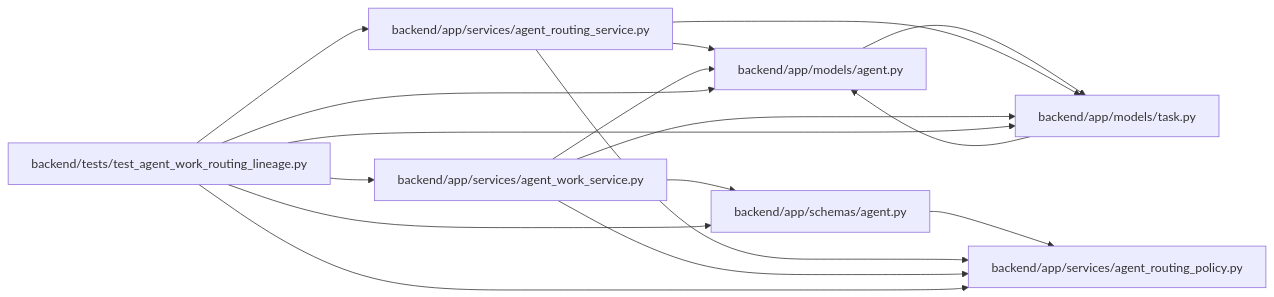
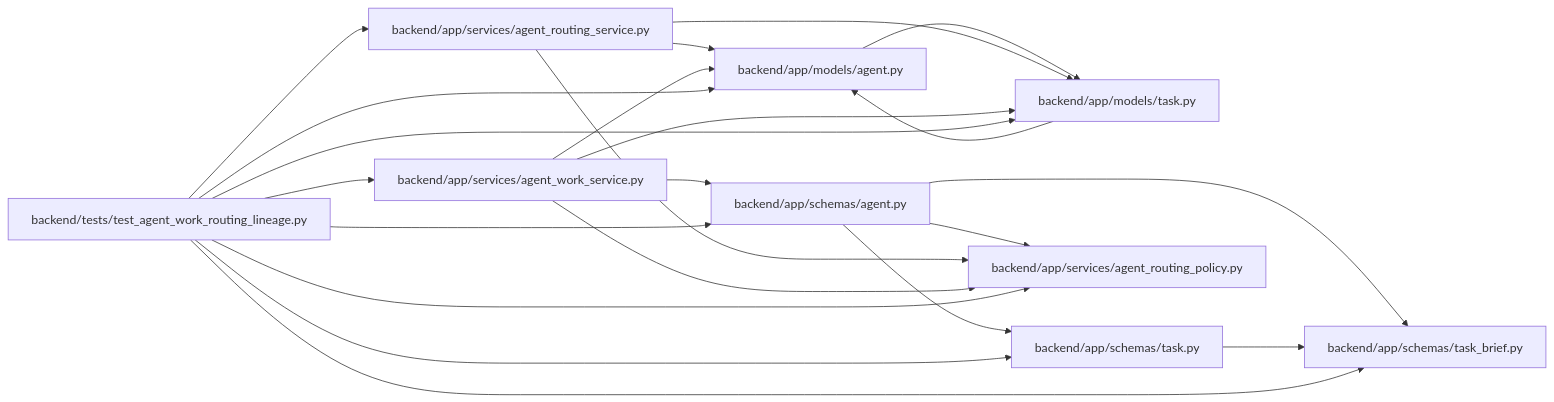
Before and after one commit to Denissvgn/WorkChord: the diagram in docs/llm_wiki/modules/test_agent_work_routing_lineage.md, drawn with Mermaid. The commit also changed other lines of this file and 6624 other files, not shown here.

````diff
--- a/docs/llm_wiki/modules/test_agent_work_routing_lineage.md
+++ b/docs/llm_wiki/modules/test_agent_work_routing_lineage.md
@@ -28,33 +30,42 @@
 ```mermaid
 flowchart LR
     n0["backend/app/models/agent.py"]
     n1["backend/app/models/task.py"]
     n2["backend/app/schemas/agent.py"]
-    n3["backend/app/services/agent_routing_policy.py"]
-    n4["backend/app/services/agent_routing_service.py"]
-    n5["backend/app/services/agent_work_service.py"]
-    n6["backend/tests/test_agent_work_routing_lineage.py"]
+    n3["backend/app/schemas/task.py"]
+    n4["backend/app/schemas/task_brief.py"]
+    n5["backend/app/services/agent_routing_policy.py"]
+    n6["backend/app/services/agent_routing_service.py"]
+    n7["backend/app/services/agent_work_service.py"]
+    n8["backend/tests/test_agent_work_routing_lineage.py"]
     n0 --> n1
     n1 --> n0
     n2 --> n3
-    n4 --> n0
-    n4 --> n1
-    n4 --> n3
-    n5 --> n0
-    n5 --> n1
-    n5 --> n2
-    n5 --> n3
+    n2 --> n4
+    n2 --> n5
+    n3 --> n4
     n6 --> n0
     n6 --> n1
-    n6 --> n2
-    n6 --> n3
-    n6 --> n4
     n6 --> n5
+    n7 --> n0
+    n7 --> n1
+    n7 --> n2
+    n7 --> n5
+    n8 --> n0
+    n8 --> n1
+    n8 --> n2
+    n8 --> n3
+    n8 --> n4
+    n8 --> n5
+    n8 --> n6
+    n8 --> n7
     click n0 "../modules/models_agent.md"
     click n1 "../modules/models_task.md"
     click n2 "../modules/schemas_agent.md"
-    click n3 "../modules/agent_routing_policy.md"
-    click n4 "../modules/agent_routing_service.md"
-    click n5 "../modules/agent_work_service.md"
-    click n6 "../modules/test_agent_work_routing_lineage.md"
+    click n3 "../modules/schemas_task.md"
+    click n4 "../modules/schemas_task_brief.md"
+    click n5 "../modules/agent_routing_policy.md"
+    click n6 "../modules/agent_routing_service.md"
+    click n7 "../modules/agent_work_service.md"
+    click n8 "../modules/test_agent_work_routing_lineage.md"
 ```
````
